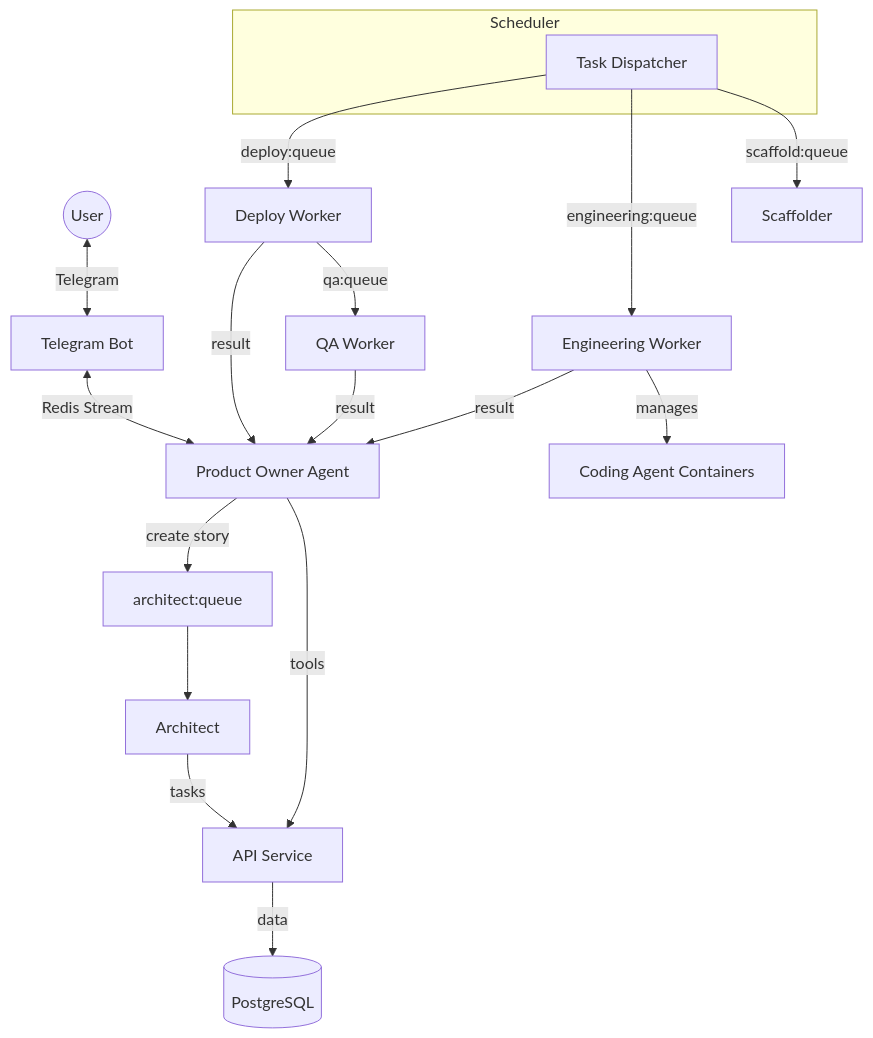
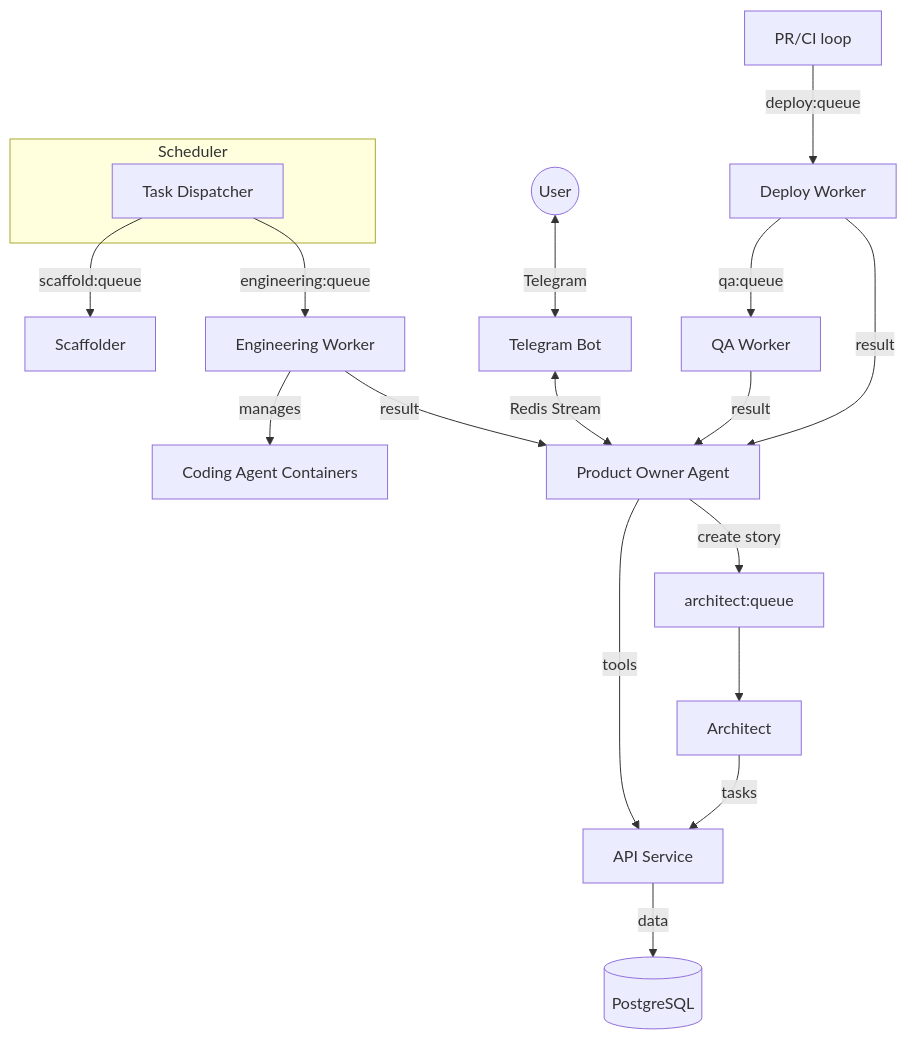
The diagram in README.md (vladmesh/codegen_orchestrator), drawn with Mermaid before and after one commit. The commit also changed other lines of this file and 28 other files, not shown here.

````diff
--- a/README.md
+++ b/README.md
@@ -19,26 +19,26 @@
 ```mermaid
 graph TD
     User((User)) <--> |Telegram| Bot[Telegram Bot]
     Bot <--> |Redis Stream| PO[Product Owner Agent]
 
     PO --> |tools| API[API Service]
     PO --> |create story| ArchQueue["architect:queue"]
 
     subgraph Scheduler
         Dispatcher[Task Dispatcher]
     end
 
     ArchQueue --> Architect[Architect]
     Architect --> |tasks| API
     Dispatcher --> |"scaffold:queue"| Scaffolder[Scaffolder]
     Dispatcher --> |"engineering:queue"| Eng[Engineering Worker]
-    Dispatcher --> |"deploy:queue"| Dep[Deploy Worker]
+    PRCI[PR/CI loop] --> |"deploy:queue"| Dep[Deploy Worker]
     Dep --> |"qa:queue"| QA[QA Worker]
 
     Eng --> |manages| Workers[Coding Agent Containers]
 
     API --> |data| DB[(PostgreSQL)]
     Eng --> |result| PO
     Dep --> |result| PO
     QA --> |result| PO
 ```
````
